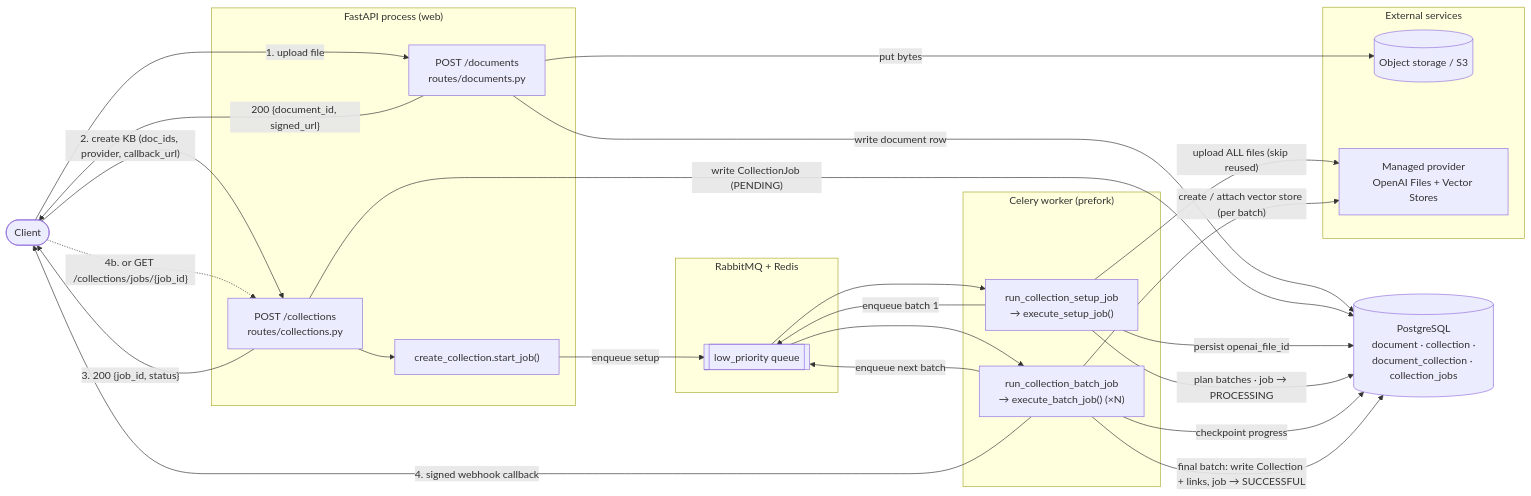
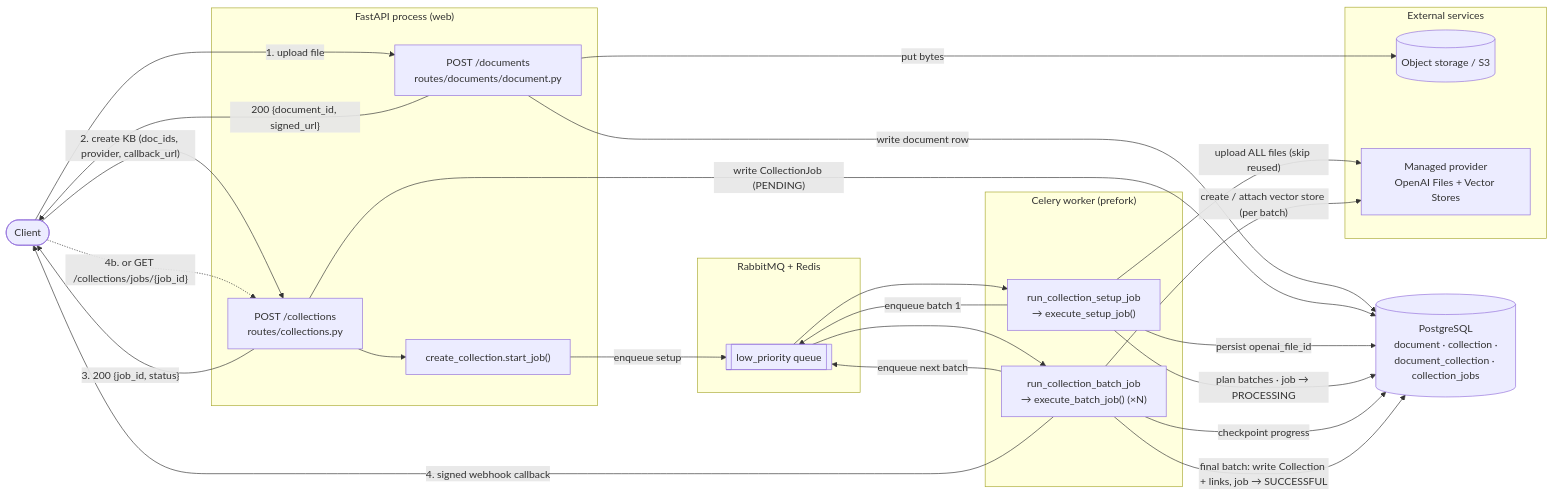
Before and after one commit to ProjectTech4DevAI/kaapi-backend: the first of 8 diagrams in docs/architecture/kaapi-knowledge-base-ARCHITECTURE.md, drawn with Mermaid. The commit also changed other lines of this file and 18 other files, not shown here.

````diff
--- a/docs/architecture/kaapi-knowledge-base-ARCHITECTURE.md
+++ b/docs/architecture/kaapi-knowledge-base-ARCHITECTURE.md
@@ -41,50 +41,50 @@
 ```mermaid
 flowchart LR
     Caller([Client])
 
     subgraph API["FastAPI process (web)"]
-        DocRoute["POST /documents\nroutes/documents.py"]
+        DocRoute["POST /documents\nroutes/documents/document.py"]
         ColRoute["POST /collections\nroutes/collections.py"]
         StartJob["create_collection.start_job()"]
     end
 
     subgraph Broker["RabbitMQ + Redis"]
         Q[["low_priority queue"]]
     end
 
     subgraph Worker["Celery worker (prefork)"]
         Setup["run_collection_setup_job\n→ execute_setup_job()"]
         Batch["run_collection_batch_job\n→ execute_batch_job()  (×N)"]
     end
 
     subgraph External["External services"]
         S3[("Object storage / S3")]
         Prov["Managed provider\nOpenAI Files + Vector Stores"]
     end
 
     DB[("PostgreSQL\ndocument · collection ·\ndocument_collection · collection_jobs")]
 
     Caller -- "1. upload file" --> DocRoute
     DocRoute -- "put bytes" --> S3
     DocRoute -- "write document row" --> DB
     DocRoute -- "200 {document_id, signed_url}" --> Caller
 
     Caller -- "2. create KB (doc_ids, provider, callback_url)" --> ColRoute
     ColRoute -- "write CollectionJob (PENDING)" --> DB
     ColRoute --> StartJob
     StartJob -- "enqueue setup" --> Q
     ColRoute -- "3. 200 {job_id, status}" --> Caller
 
     Q --> Setup
     Setup -- "upload ALL files (skip reused)" --> Prov
     Setup -- "persist openai_file_id" --> DB
     Setup -- "plan batches · job → PROCESSING" --> DB
     Setup -- "enqueue batch 1" --> Q
     Q --> Batch
     Batch -- "create / attach vector store (per batch)" --> Prov
     Batch -- "checkpoint progress" --> DB
     Batch -- "enqueue next batch" --> Q
     Batch -- "final batch: write Collection + links, job → SUCCESSFUL" --> DB
     Batch -- "4. signed webhook callback" --> Caller
     Caller -. "4b. or GET /collections/jobs/{job_id}" .-> ColRoute
 ```
````
